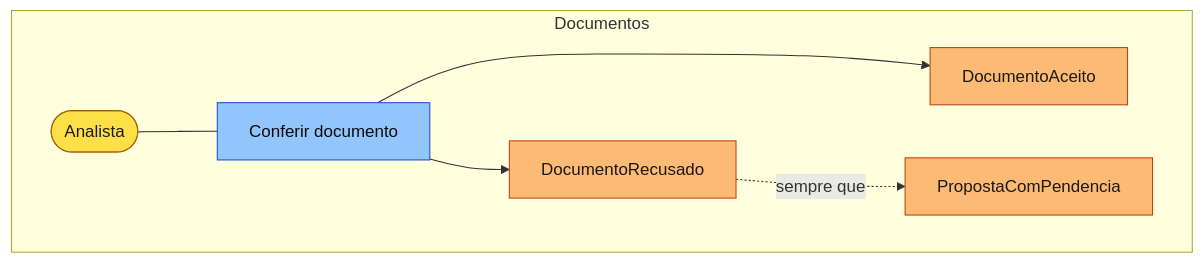
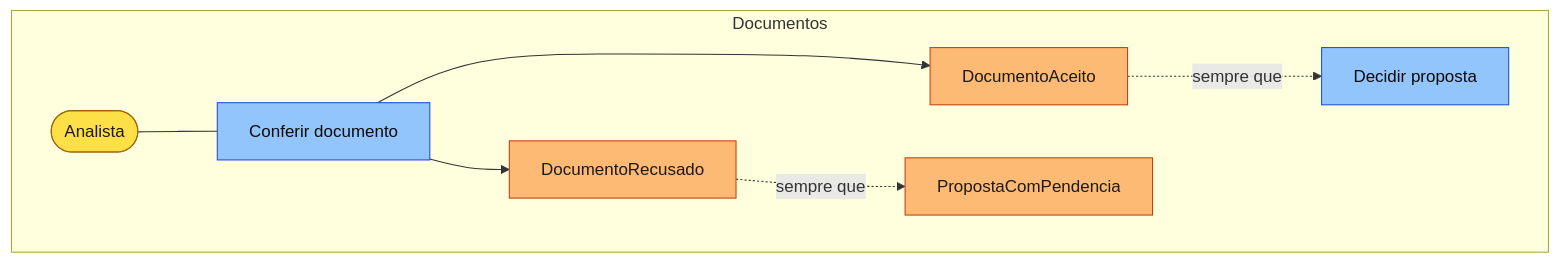
Before and after one commit to lucasqss/sistema-financiamento: diagram 12 of 12 in docs/dominio/especificacao.md, drawn with Mermaid. The commit also changed other lines of this file and 46 other files, not shown here.

````diff
--- a/docs/dominio/especificacao.md
+++ b/docs/dominio/especificacao.md
@@ -2084,21 +2084,23 @@
 ```mermaid
 flowchart LR
     subgraph DOM_0008_es["Documentos"]
         direction LR
         EVT_0038["DocumentoRecusado"]:::evento
         UC_0024["Conferir documento"]:::comando
         ATR_0005(["Analista"]):::ator
         EVT_0003["PropostaComPendencia"]:::evento
         EVT_0039["DocumentoAceito"]:::evento
+        UC_0006["Decidir proposta"]:::comando
     end
     UC_0024 --> EVT_0038
     ATR_0005 --- UC_0024
     EVT_0038 ~~~ EVT_0039
     UC_0024 --> EVT_0039
     EVT_0038 -.->|sempre que| EVT_0003
+    EVT_0039 -.->|sempre que| UC_0006
     classDef evento fill:#fdba74,stroke:#c2410c,color:#1c1917
     classDef comando fill:#93c5fd,stroke:#1d4ed8,color:#0c0a09
     classDef ator fill:#fde047,stroke:#a16207,color:#1c1917
     classDef agregado fill:#fef3c7,stroke:#b45309,color:#1c1917
     classDef semOrigem stroke-dasharray:5 4,stroke-width:2px
 ```
````
